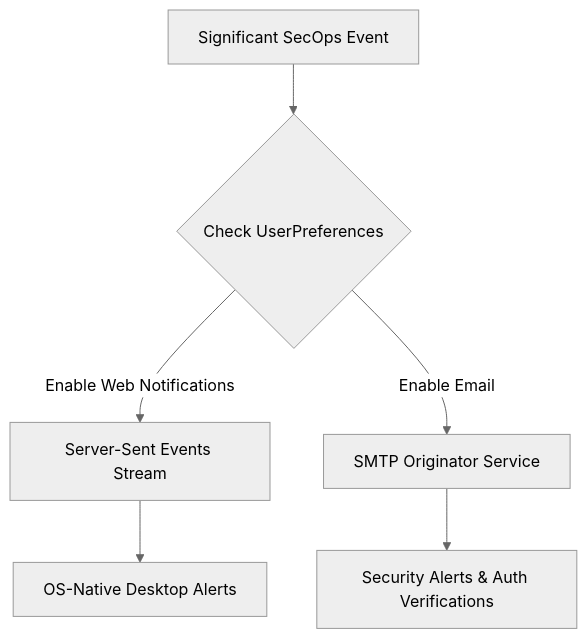
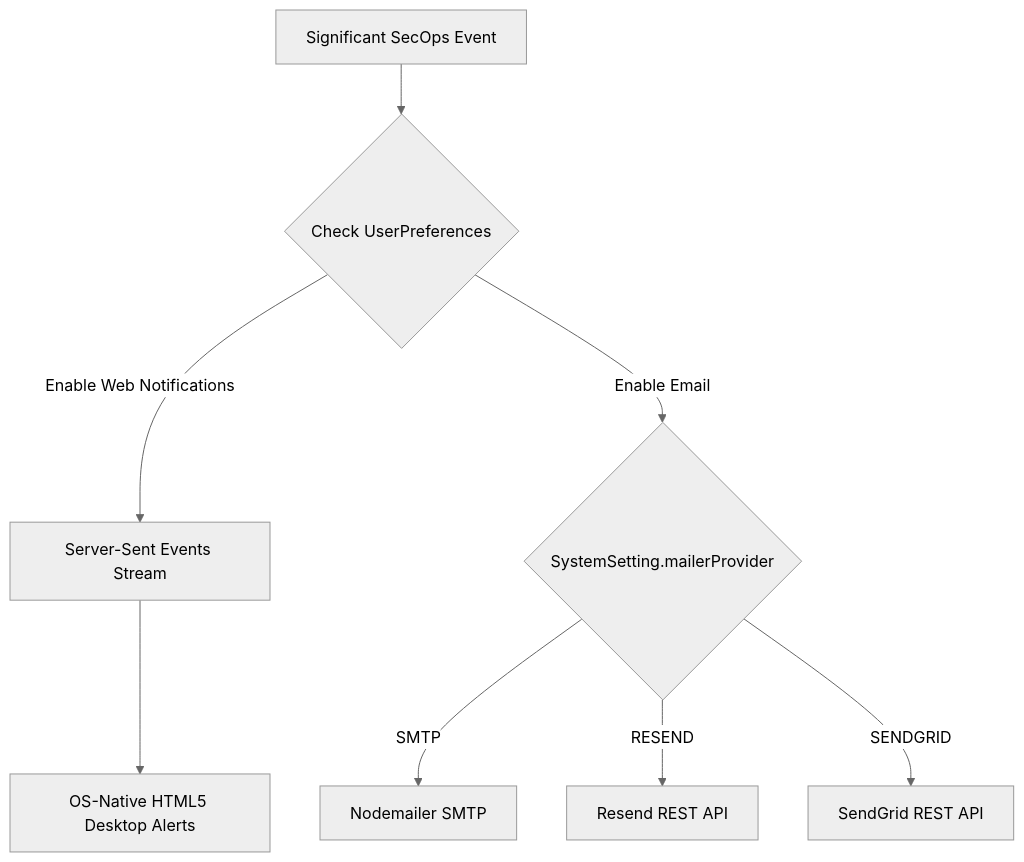
Before and after one commit to Cyber-Sec-Space/openticket: the fifth of 7 diagrams in docs/ARCHITECTURE.md, drawn with Mermaid (neutral theme). The commit also changed other lines of this file and 1 other file, not shown here.

Commit message:
docs: Sync architecture documentation with v1.0.0-rc.1 source code

````diff
--- a/docs/ARCHITECTURE.md
+++ b/docs/ARCHITECTURE.md
@@ -173,8 +177,10 @@
 ```mermaid
 graph TD
     SystemEvent[Significant SecOps Event] --> NotificationRouter{"Check UserPreferences"}
     NotificationRouter -- "Enable Web Notifications" --> SSEQueue[Server-Sent Events Stream]
-    NotificationRouter -- "Enable Email" --> SMTP[SMTP Originator Service]
-    SSEQueue --> DesktopAlerts[OS-Native Desktop Alerts]
-    SMTP --> AlertEmail[Security Alerts & Auth Verifications]
+    NotificationRouter -- "Enable Email" --> MailerEngine{"SystemSetting.mailerProvider"}
+    SSEQueue --> DesktopAlerts[OS-Native HTML5 Desktop Alerts]
+    MailerEngine -- "SMTP" --> SMTP_Provider[Nodemailer SMTP]
+    MailerEngine -- "RESEND" --> Resend_API[Resend REST API]
+    MailerEngine -- "SENDGRID" --> SendGrid_API[SendGrid REST API]
 ```
````
